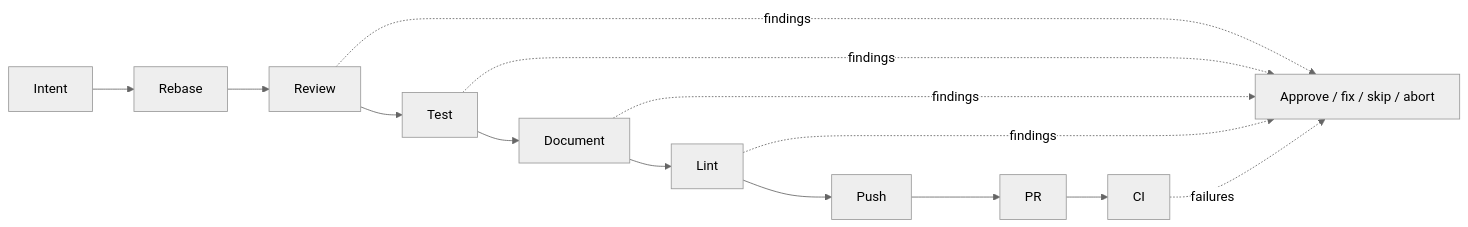
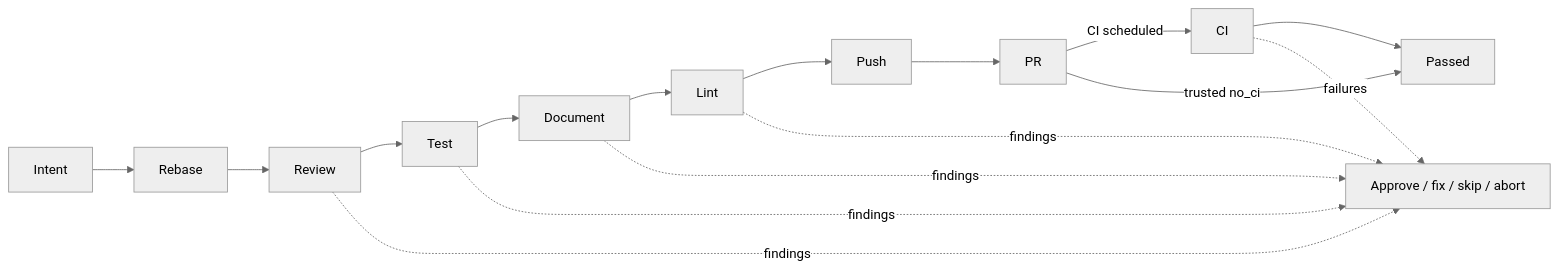
The diagram in docs/src/content/docs/concepts/pipeline.md (kunchenguid/no-mistakes), drawn with Mermaid (neutral theme) before and after one commit. The commit also changed other lines of this file and 1 other file, not shown here.

Commit message:
no-mistakes(review): Correct remaining no-CI pipeline documentation

````diff
--- a/docs/src/content/docs/concepts/pipeline.md
+++ b/docs/src/content/docs/concepts/pipeline.md
@@ -12,9 +12,12 @@
 ```mermaid
 flowchart LR
-  intent["Intent"] --> rebase["Rebase"] --> review["Review"] --> test["Test"] --> document["Document"] --> lint["Lint"] --> push["Push"] --> pr["PR"] --> ci["CI"]
+  intent["Intent"] --> rebase["Rebase"] --> review["Review"] --> test["Test"] --> document["Document"] --> lint["Lint"] --> push["Push"] --> pr["PR"]
+  pr -->|"CI scheduled"| ci["CI"]
+  pr -->|"trusted no_ci"| passed["Passed"]
+  ci --> passed
   review -. findings .-> action["Approve / fix / skip / abort"]
   test -. findings .-> action
   document -. findings .-> action
   lint -. findings .-> action
   ci -. failures .-> action
 ```
````
